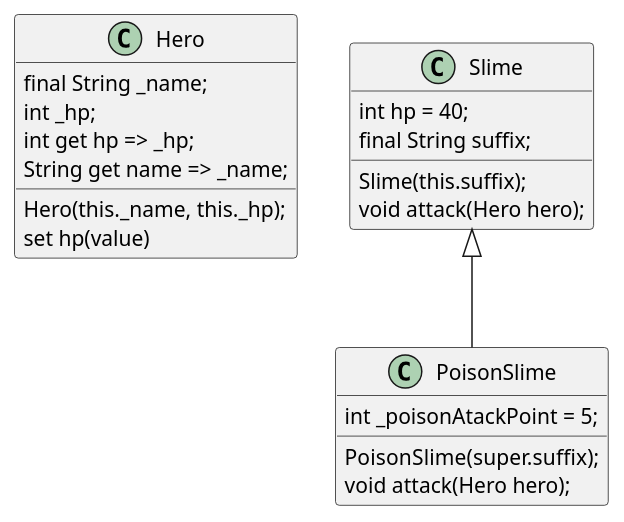
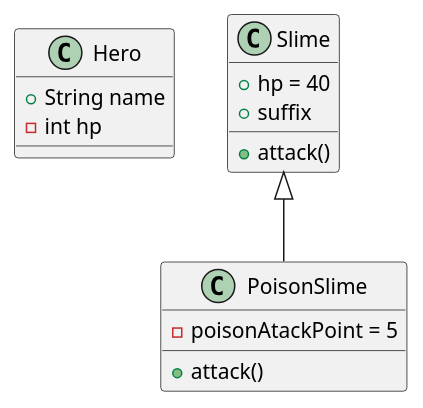
The diagram in lib/240312/slime/slime.plantuml (orm-camp-flutter-2ki/learn_dart_together), drawn with PlantUML before and after one commit. The commit also changed 4 other files, not shown here.

Commit message:
fix : uml 수정

```diff
--- a/lib/240312/slime/slime.plantuml
+++ b/lib/240312/slime/slime.plantuml
@@ -1,25 +1,19 @@
 @startuml Rectangle
 
-class Hero {
-  final String _name;
-  int _hp;
-  Hero(this._name, this._hp);
-  int get hp => _hp;
-  set hp(value) 
-  String get name => _name;
+class Hero{
+  +String name
+  -int hp
+
 }
 
 class PoisonSlime extends Slime {
-  int _poisonAtackPoint = 5;
-  PoisonSlime(super.suffix);
-  void attack(Hero hero);
+  -poisonAtackPoint = 5
+  +attack()
 }
 
 class Slime {
-  int hp = 40;
-  final String suffix;
-  Slime(this.suffix);
-  void attack(Hero hero);
+  +hp = 40
+  +suffix
+  +attack()
 }
-
 @enduml
```
